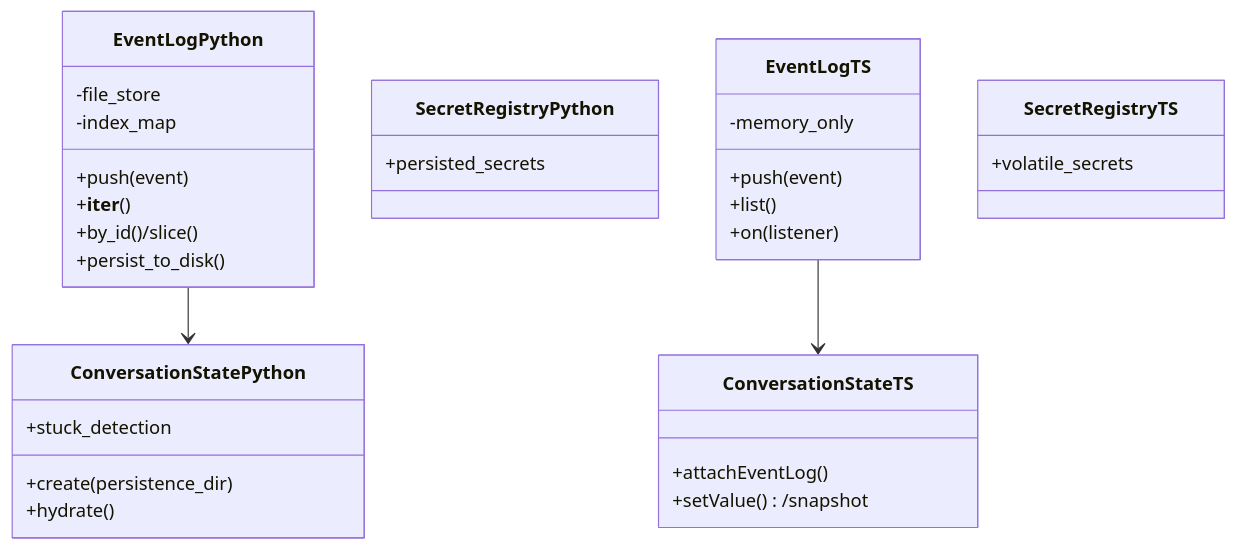
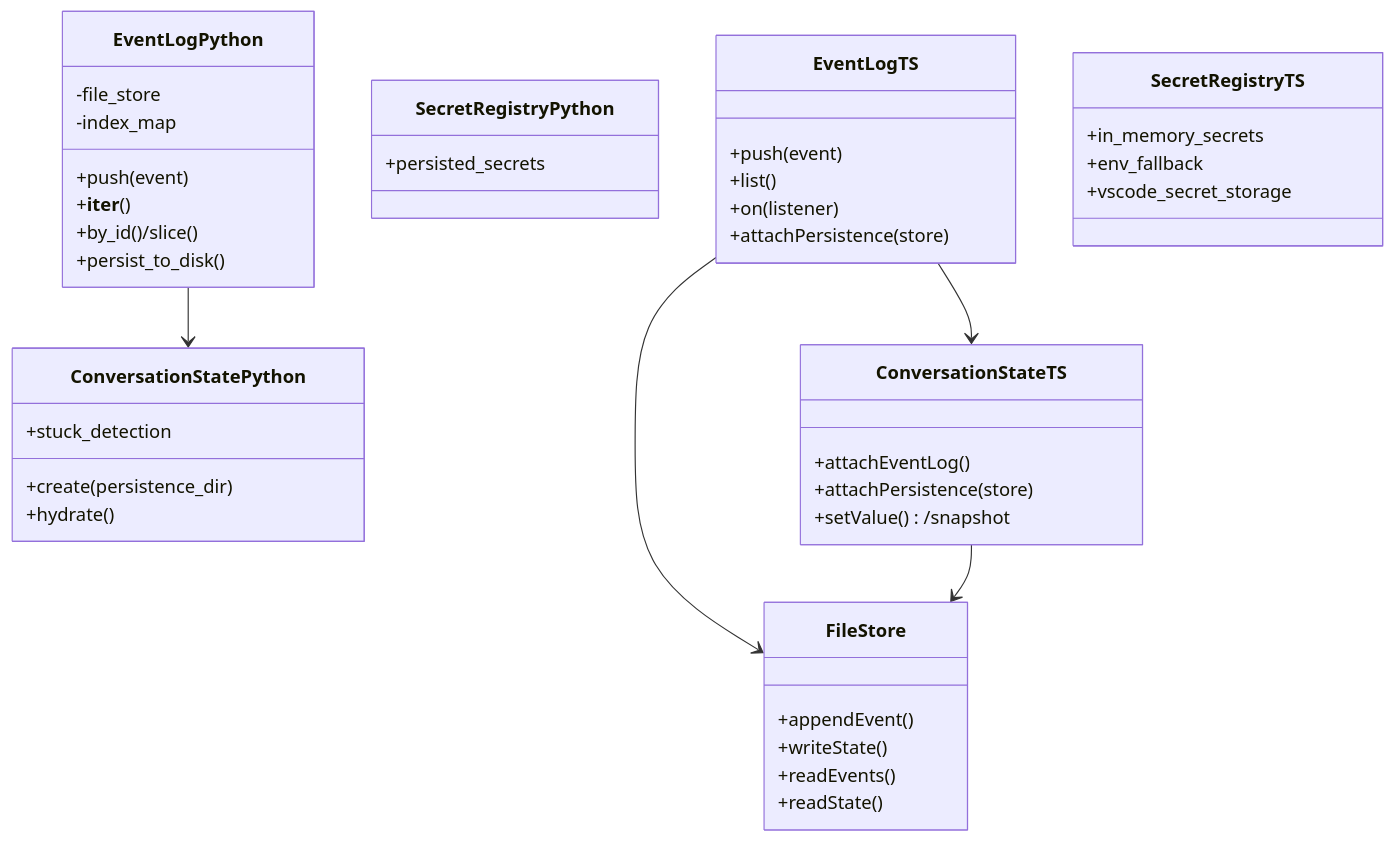
Before and after one commit to enyst/OpenHands-Tab: the fifth of 5 diagrams in packages/agent-sdk-ts/docs/python-parity.md, drawn with Mermaid. The commit also changed other lines of this file, not shown here.

````diff
--- a/packages/agent-sdk-ts/docs/python-parity.md
+++ b/packages/agent-sdk-ts/docs/python-parity.md
@@ -484,34 +541,45 @@
 ```mermaid
 classDiagram
     class EventLogPython {
       +push(event)
       +__iter__()
       +by_id()/slice()
       +persist_to_disk()
       -file_store
       -index_map
     }
     class ConversationStatePython {
       +create(persistence_dir)
       +hydrate()
       +stuck_detection
     }
     class SecretRegistryPython {
       +persisted_secrets
     }
     class EventLogTS {
       +push(event)
       +list()
       +on(listener)
-      -memory_only
+      +attachPersistence(store)
     }
     class ConversationStateTS {
       +attachEventLog()
+      +attachPersistence(store)
       +setValue()/snapshot
     }
+    class FileStore {
+      +appendEvent()
+      +writeState()
+      +readEvents()
+      +readState()
+    }
     class SecretRegistryTS {
-      +volatile_secrets
+      +in_memory_secrets
+      +env_fallback
+      +vscode_secret_storage
     }
     EventLogPython --> ConversationStatePython
     EventLogTS --> ConversationStateTS
+    EventLogTS --> FileStore
+    ConversationStateTS --> FileStore
 ```
````
